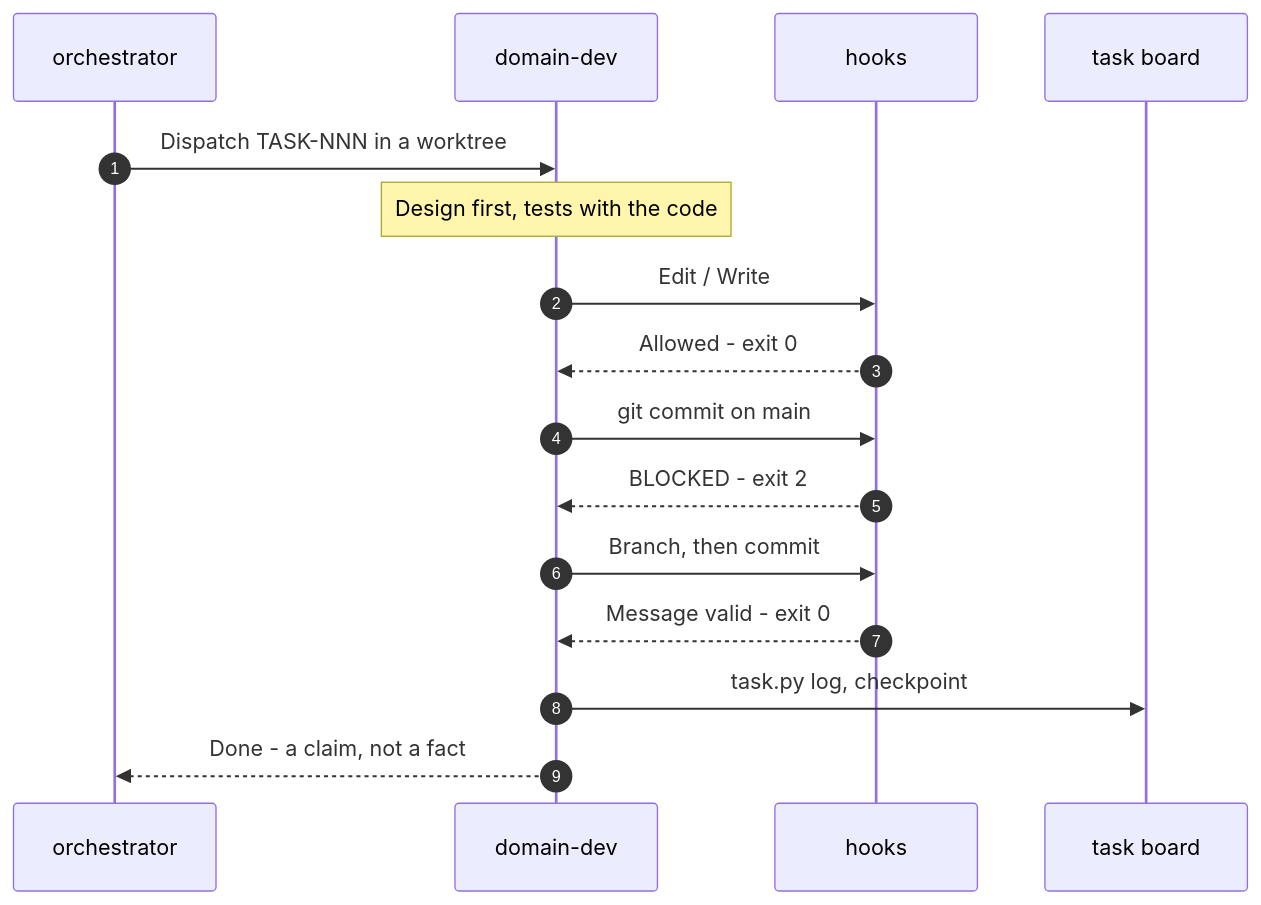
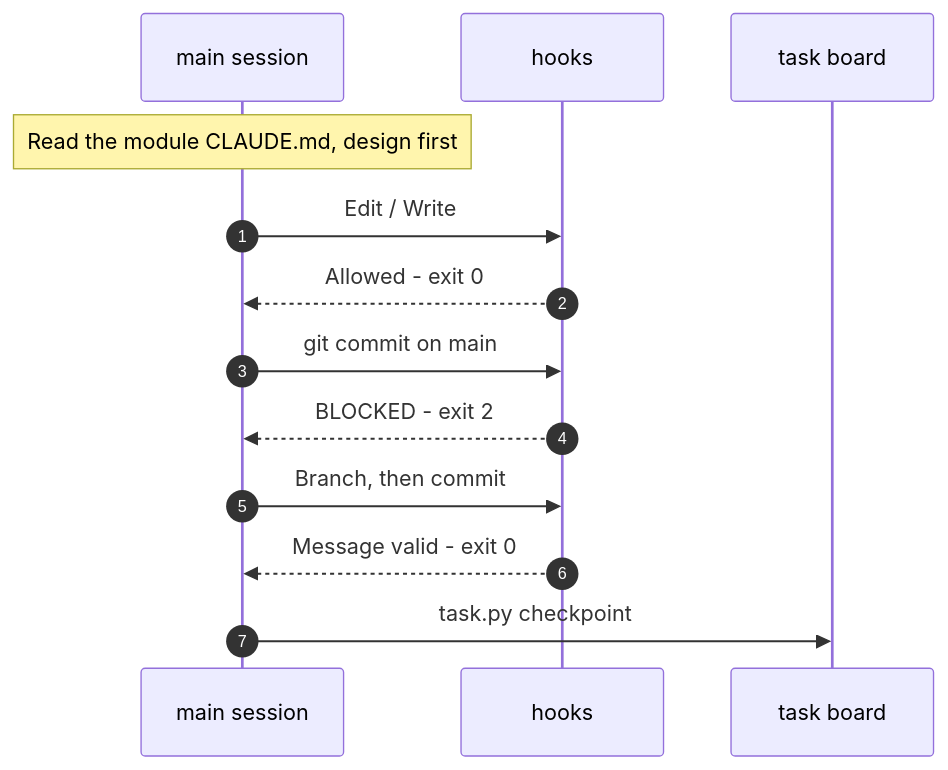
One commit to nguyenhx2/agent-harness-bootstrap changed the tenth of 16 diagrams in docs/FLOWS.md. Above: the diagram before and after it, drawn with Mermaid. The commit also changed other lines of this file and 107 other files, not shown here.

````diff
--- a/docs/FLOWS.md
+++ b/docs/FLOWS.md
@@ -429,19 +442,16 @@
 ```mermaid
 sequenceDiagram
     autonumber
-    participant Orch as orchestrator
-    participant Dev as domain-dev
+    participant Main as main session
     participant Hooks as hooks
     participant Board as task board
 
-    Orch->>Dev: Dispatch TASK-NNN in a worktree
-    Note over Dev: Design first, tests with the code
-    Dev->>Hooks: Edit / Write
-    Hooks-->>Dev: Allowed - exit 0
-    Dev->>Hooks: git commit on main
-    Hooks-->>Dev: BLOCKED - exit 2
-    Dev->>Hooks: Branch, then commit
-    Hooks-->>Dev: Message valid - exit 0
-    Dev->>Board: task.py log, checkpoint
-    Dev-->>Orch: Done - a claim, not a fact
+    Note over Main: Read the module CLAUDE.md, design first
+    Main->>Hooks: Edit / Write
+    Hooks-->>Main: Allowed - exit 0
+    Main->>Hooks: git commit on main
+    Hooks-->>Main: BLOCKED - exit 2
+    Main->>Hooks: Branch, then commit
+    Hooks-->>Main: Message valid - exit 0
+    Main->>Board: task.py checkpoint
 ```
````
